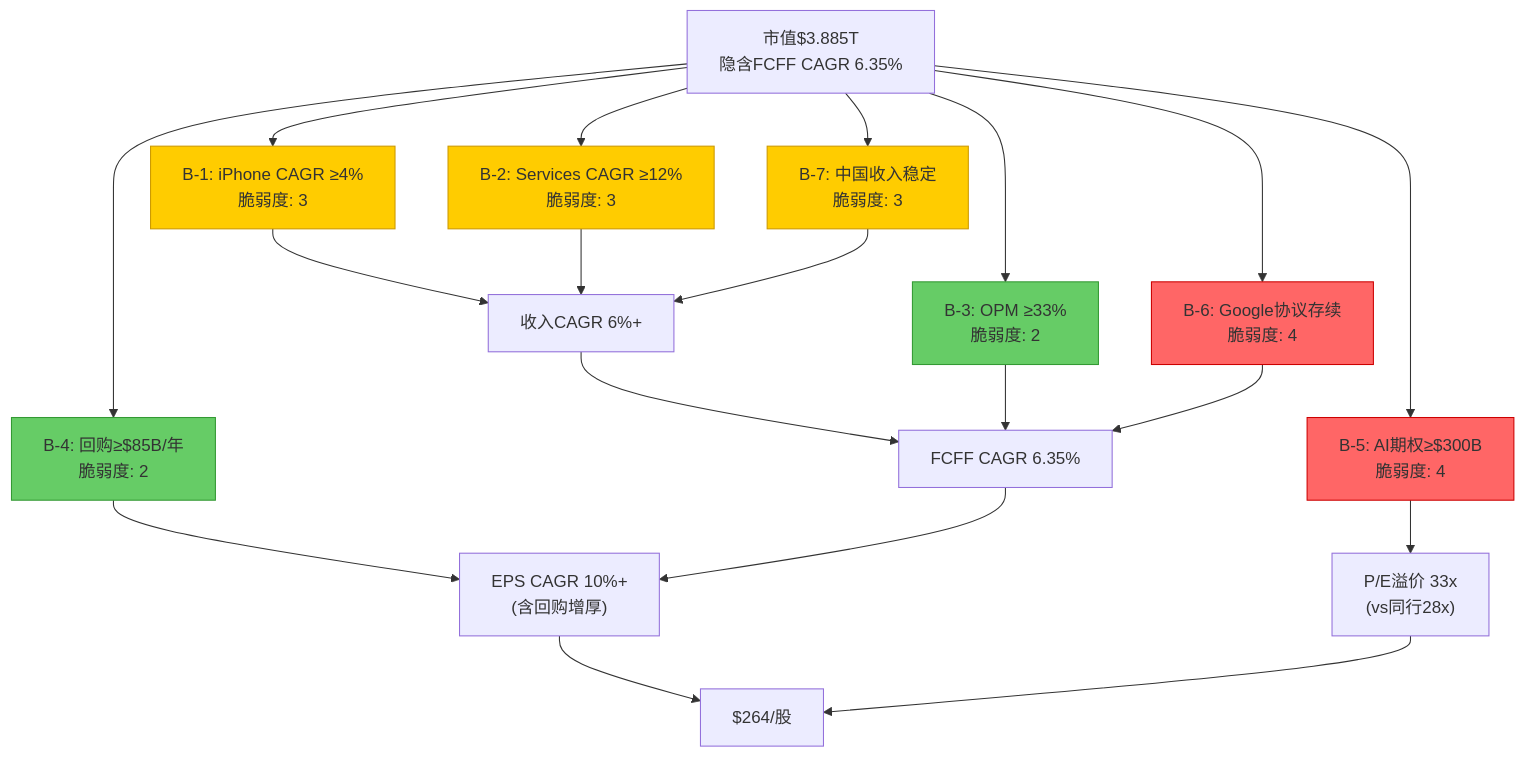
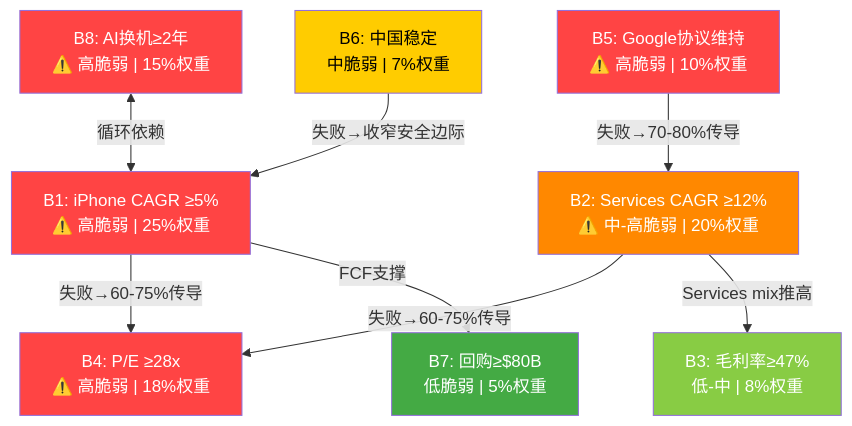
The first of 4 diagrams in reports/AAPL/staging/AAPL_P2_BeliefInversion.md (miltonnewyork25-afk/investment-master), drawn with Mermaid before and after one commit. The commit also changed other lines of this file and 1 other file, not shown here.

````diff
--- a/reports/AAPL/staging/AAPL_P2_BeliefInversion.md
+++ b/reports/AAPL/staging/AAPL_P2_BeliefInversion.md
@@ -143,30 +221,28 @@
 ```mermaid
 graph TD
-    MV["市值$3.885T<br>隐含FCFF CAGR 6.35%"] --> B1["B-1: iPhone CAGR ≥4%<br>脆弱度: 3"]
-    MV --> B2["B-2: Services CAGR ≥12%<br>脆弱度: 3"]
-    MV --> B3["B-3: OPM ≥33%<br>脆弱度: 2"]
-    MV --> B4["B-4: 回购≥$85B/年<br>脆弱度: 2"]
-    MV --> B5["B-5: AI期权≥$300B<br>脆弱度: 4"]
-    MV --> B6["B-6: Google协议存续<br>脆弱度: 4"]
-    MV --> B7["B-7: 中国收入稳定<br>脆弱度: 3"]
+    B1["B1: iPhone CAGR ≥5%<br/>⚠️ 高脆弱 | 25%权重"]
+    B2["B2: Services CAGR ≥12%<br/>⚠️ 中-高脆弱 | 20%权重"]
+    B4["B4: P/E ≥28x<br/>⚠️ 高脆弱 | 18%权重"]
+    B5["B5: Google协议维持<br/>⚠️ 高脆弱 | 10%权重"]
+    B8["B8: AI换机≥2年<br/>⚠️ 高脆弱 | 15%权重"]
+    B6["B6: 中国稳定<br/>中脆弱 | 7%权重"]
+    B3["B3: 毛利率≥47%<br/>低-中 | 8%权重"]
+    B7["B7: 回购≥$80B<br/>低脆弱 | 5%权重"]
 
-    B1 --> REV["收入CAGR 6%+"]
-    B2 --> REV
-    B7 --> REV
-    REV --> FCFF["FCFF CAGR 6.35%"]
-    B3 --> FCFF
-    B6 --> FCFF
-    B4 --> EPS["EPS CAGR 10%+<br>(含回购增厚)"]
-    FCFF --> EPS
-    B5 --> PREM["P/E溢价 33x<br>(vs同行28x)"]
-    EPS --> VAL["$264/股"]
-    PREM --> VAL
+    B8 <-->|循环依赖| B1
+    B5 -->|失败→70-80%传导| B2
+    B1 -->|失败→60-75%传导| B4
+    B2 -->|失败→60-75%传导| B4
+    B6 -->|失败→收窄安全边际| B1
+    B2 -->|Services mix推高| B3
+    B1 -->|FCF支撑| B7
 
-    style B5 fill:#ff6666,stroke:#cc0000
-    style B6 fill:#ff6666,stroke:#cc0000
-    style B1 fill:#ffcc00,stroke:#cc9900
-    style B2 fill:#ffcc00,stroke:#cc9900
-    style B7 fill:#ffcc00,stroke:#cc9900
-    style B3 fill:#66cc66,stroke:#339933
-    style B4 fill:#66cc66,stroke:#339933
+    style B1 fill:#ff4444,color:white
+    style B4 fill:#ff4444,color:white
+    style B5 fill:#ff4444,color:white
+    style B8 fill:#ff4444,color:white
+    style B2 fill:#ff8800,color:white
+    style B6 fill:#ffcc00,color:black
+    style B3 fill:#88cc44,color:white
+    style B7 fill:#44aa44,color:white
 ```
````
